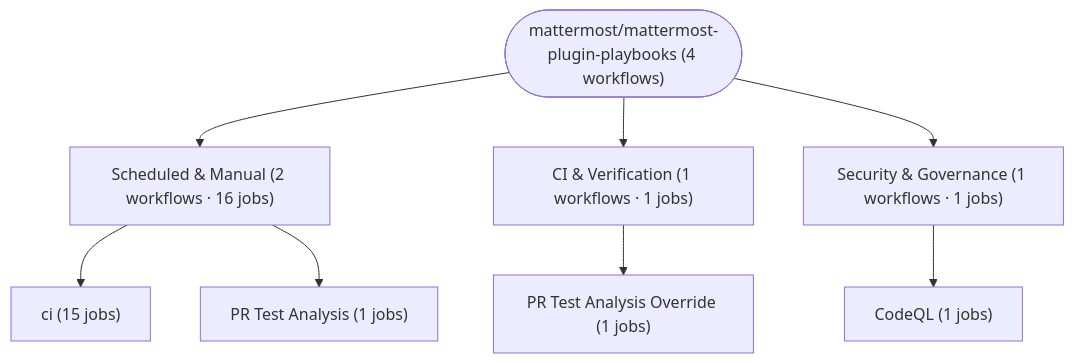
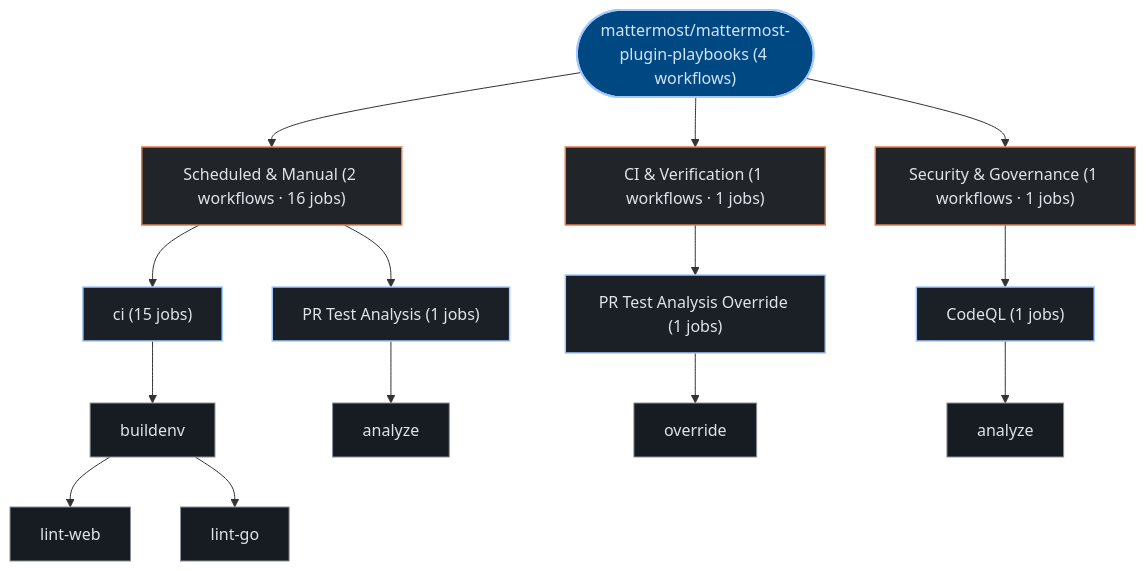
One commit to kumarshaz/atruss-code-atlas changed the third of 3 diagrams in exports/latest/reports/mattermost-mattermost-plugin-playbooks-report.md. Above: the diagram before and after it, drawn with Mermaid. The commit also changed other lines of this file and 331 other files, not shown here.

Commit message:
docs,ui,fix: update SDLC docs, reorder CI/CD DAG first, stylize Mermaid, and fix Arc42 pipeline topology

````diff
--- a/exports/latest/reports/mattermost-mattermost-plugin-playbooks-report.md
+++ b/exports/latest/reports/mattermost-mattermost-plugin-playbooks-report.md
@@ -236,18 +247,37 @@
 ```mermaid
 graph TD;
-  pipeline_root(["mattermost/mattermost-plugin-playbooks (4 workflows)"])
-  grp_0_Scheduled___Manual["Scheduled & Manual (2 workflows · 16 jobs)"]
+  classDef atlasRoot fill:#004882,stroke:#a3c9ff,stroke-width:2px,color:#d3e4ff
+  classDef atlasCategory fill:#212428,stroke:#E87A48,stroke-width:1.5px,color:#dfe3eb
+  classDef atlasWorkflow fill:#1b2026,stroke:#a3c9ff,stroke-width:1.5px,color:#dfe3eb
+  classDef atlasJob fill:#171c22,stroke:#8d9199,stroke-width:1px,color:#dfe3eb
+  classDef atlasTarget fill:#005227,stroke:#8bd99b,stroke-width:1.5px,color:#a7f6b6
+  classDef atlasAlert fill:#93000a,stroke:#ffb4ab,stroke-width:1.5px,color:#ffdad6
+  classDef atlasMore fill:#252a31,stroke:#8d9199,stroke-dasharray:4 4,color:#c3c6cf
+  pipeline_root(["mattermost/mattermost-plugin-playbooks (4 workflows)"]):::atlasRoot
+  grp_0_Scheduled___Manual["Scheduled & Manual (2 workflows · 16 jobs)"]:::atlasCategory
   pipeline_root --> grp_0_Scheduled___Manual
-  wf_0_ci["ci (15 jobs)"]
+  wf_0_ci["ci (15 jobs)"]:::atlasWorkflow
   grp_0_Scheduled___Manual --> wf_0_ci
-  wf_3_PR_Test_Analysis["PR Test Analysis (1 jobs)"]
+  job_0_buildenv["buildenv"]:::atlasJob
+  job_0_lint_web["lint-web"]:::atlasJob
+  job_0_lint_go["lint-go"]:::atlasJob
+  wf_0_ci --> job_0_buildenv
+  job_0_buildenv --> job_0_lint_web
+  job_0_buildenv --> job_0_lint_go
+  wf_3_PR_Test_Analysis["PR Test Analysis (1 jobs)"]:::atlasWorkflow
   grp_0_Scheduled___Manual --> wf_3_PR_Test_Analysis
-  grp_1_CI___Verification["CI & Verification (1 workflows · 1 jobs)"]
+  job_3_analyze["analyze"]:::atlasJob
+  wf_3_PR_Test_Analysis --> job_3_analyze
+  grp_1_CI___Verification["CI & Verification (1 workflows · 1 jobs)"]:::atlasCategory
   pipeline_root --> grp_1_CI___Verification
-  wf_2_PR_Test_Analysis_Override["PR Test Analysis Override (1 jobs)"]
+  wf_2_PR_Test_Analysis_Override["PR Test Analysis Override (1 jobs)"]:::atlasWorkflow
   grp_1_CI___Verification --> wf_2_PR_Test_Analysis_Override
-  grp_2_Security___Governance["Security & Governance (1 workflows · 1 jobs)"]
+  job_2_override["override"]:::atlasJob
+  wf_2_PR_Test_Analysis_Override --> job_2_override
+  grp_2_Security___Governance["Security & Governance (1 workflows · 1 jobs)"]:::atlasCategory
   pipeline_root --> grp_2_Security___Governance
-  wf_1_CodeQL["CodeQL (1 jobs)"]
+  wf_1_CodeQL["CodeQL (1 jobs)"]:::atlasWorkflow
   grp_2_Security___Governance --> wf_1_CodeQL
+  job_1_analyze["analyze"]:::atlasJob
+  wf_1_CodeQL --> job_1_analyze
 ```
````
